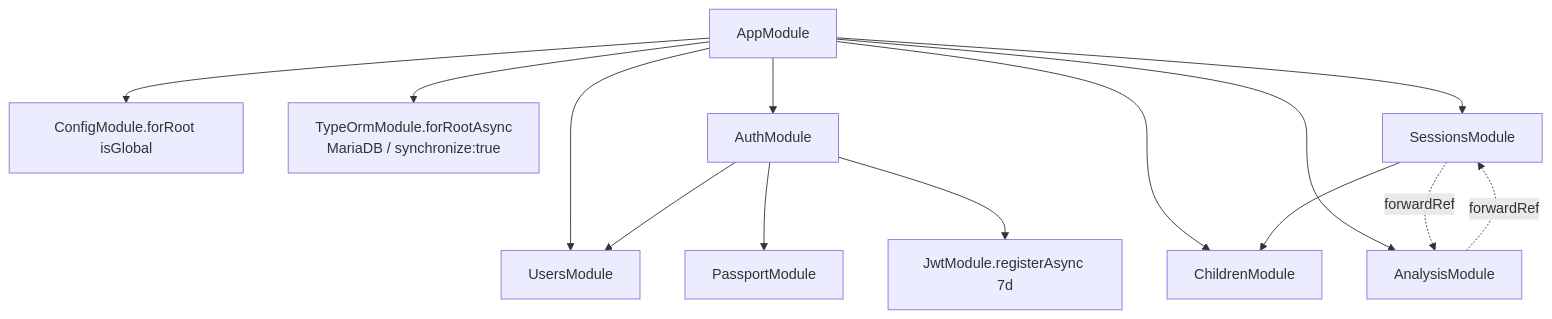
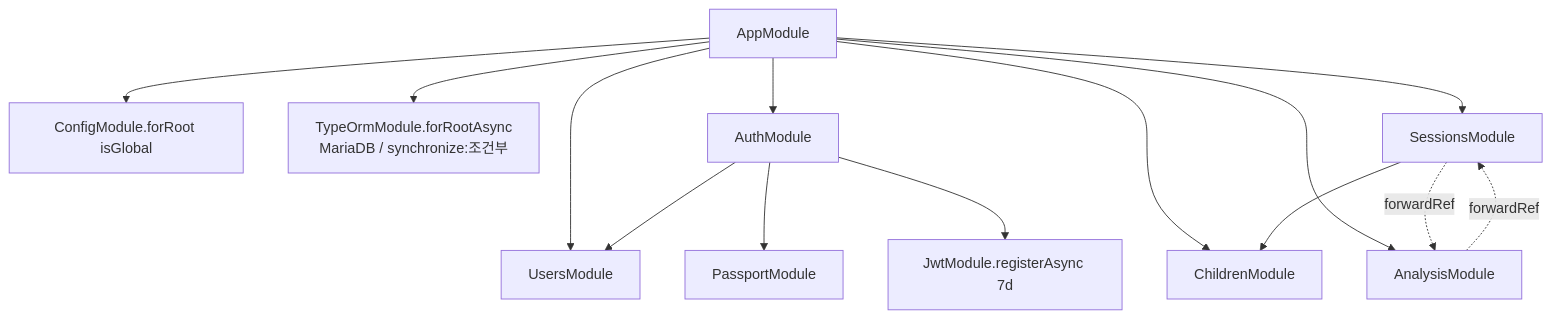
One commit to sodoojin/pretty-four changed the first of 3 diagrams in docs/LLD.md. Above: the diagram before and after it, drawn with Mermaid. The commit also changed other lines of this file and 9 other files, not shown here.

````diff
--- a/docs/LLD.md
+++ b/docs/LLD.md
@@ -61,27 +61,27 @@
 ```mermaid
 graph TD
     App[AppModule]
     Config[ConfigModule.forRoot isGlobal]
-    TypeOrm[TypeOrmModule.forRootAsync<br/>MariaDB / synchronize:true]
+    TypeOrm[TypeOrmModule.forRootAsync<br/>MariaDB / synchronize:조건부]
     Auth[AuthModule]
     Users[UsersModule]
     Children[ChildrenModule]
     Sessions[SessionsModule]
     Analysis[AnalysisModule]
 
     App --> Config
     App --> TypeOrm
     App --> Auth
     App --> Users
     App --> Children
     App --> Sessions
     App --> Analysis
 
     Auth --> Users
     Auth --> Passport[PassportModule]
     Auth --> Jwt[JwtModule.registerAsync 7d]
 
     Sessions --> Children
     Sessions -. forwardRef .-> Analysis
     Analysis -. forwardRef .-> Sessions
 ```
````
